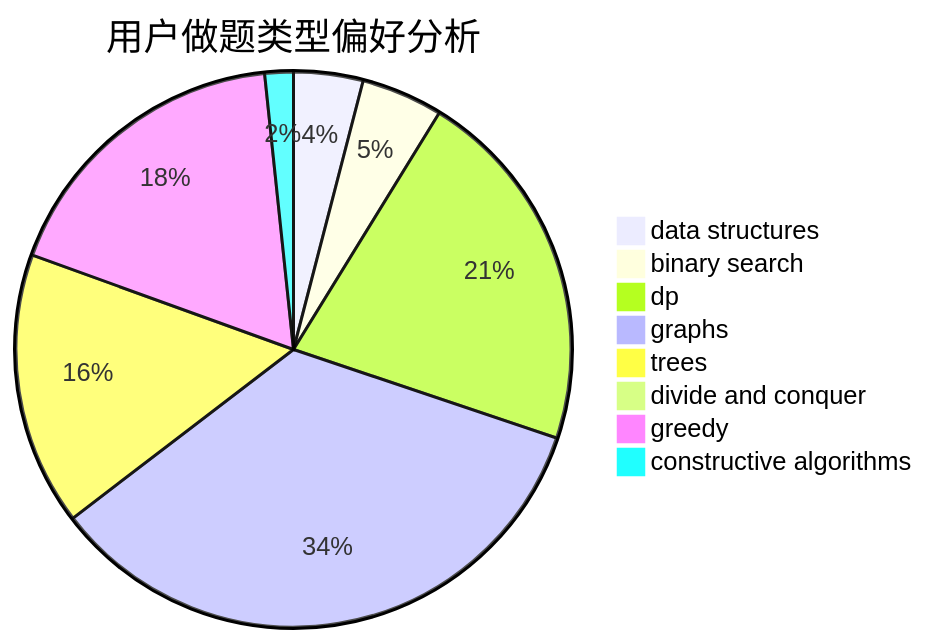
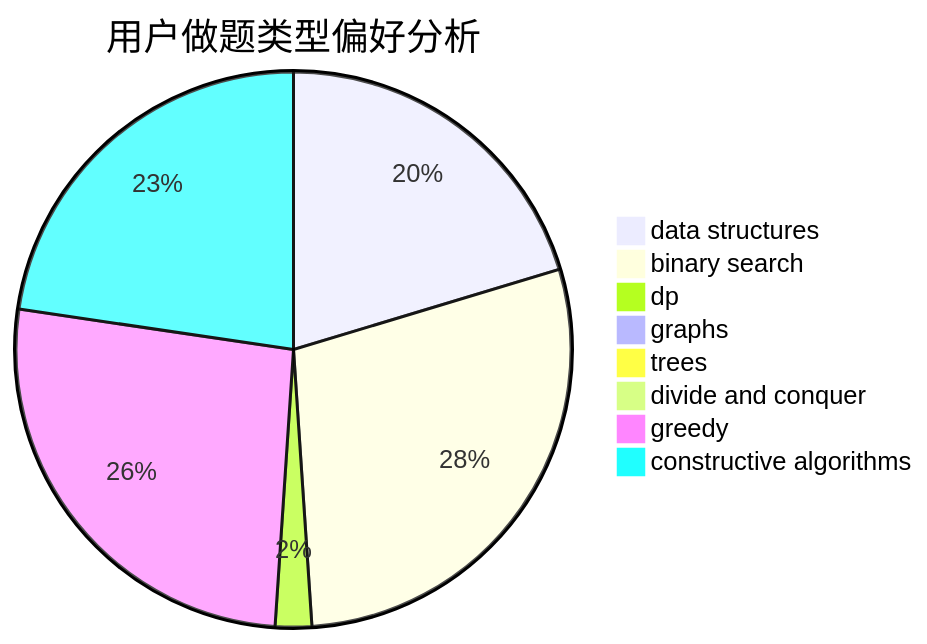
Before and after one commit to sherpahu/cfrs.github.io: the second of 3 diagrams in docs/user/u162.md, drawn with Mermaid. The commit also changed other lines of this file and 2770 other files, not shown here.

````diff
--- a/docs/user/u162.md
+++ b/docs/user/u162.md
@@ -23,11 +23,11 @@
 ```mermaid
 pie title 用户做题类型偏好分析
-    "data structures" :  17
-    "binary search" :  20
-    "dp" :  90
-    "graphs" :  145
-    "trees" :  67
+    "data structures" :  96
+    "binary search" :  135
+    "dp" :  10
+    "graphs" :  2
+    "trees" :  0
     "divide and conquer" :  0
-    "greedy" :  75
-    "constructive algorithms" :  7
+    "greedy" :  124
+    "constructive algorithms" :  107
 ```
````
